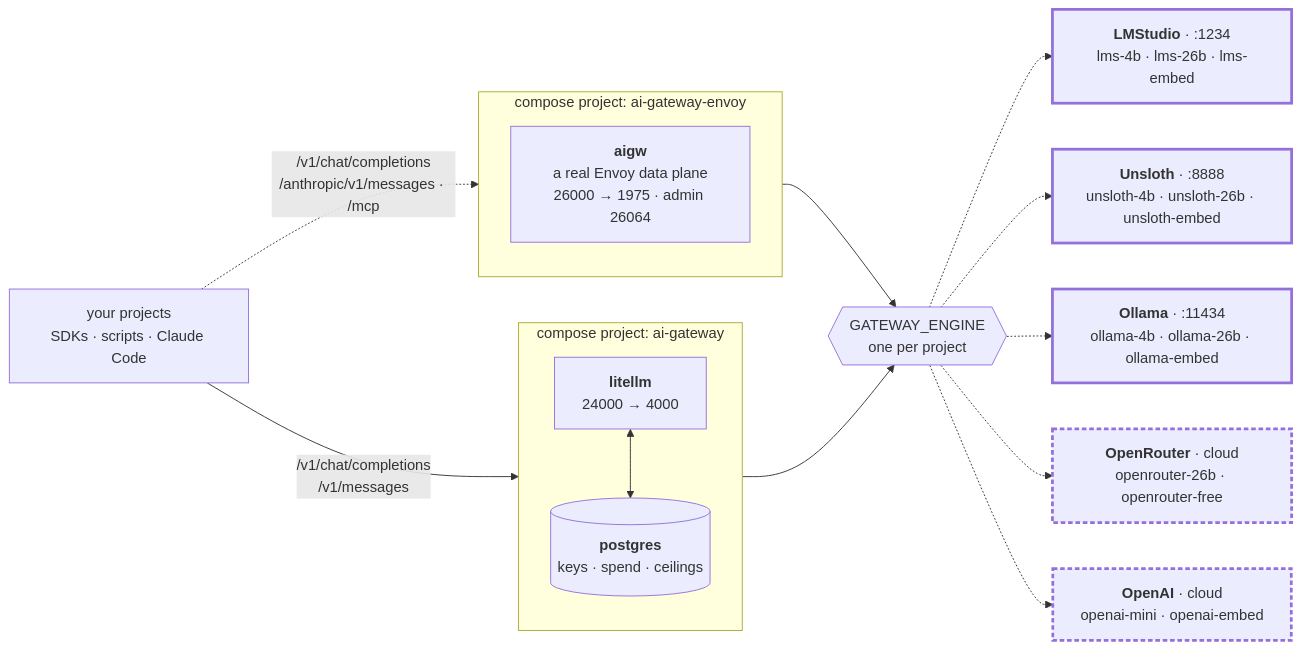
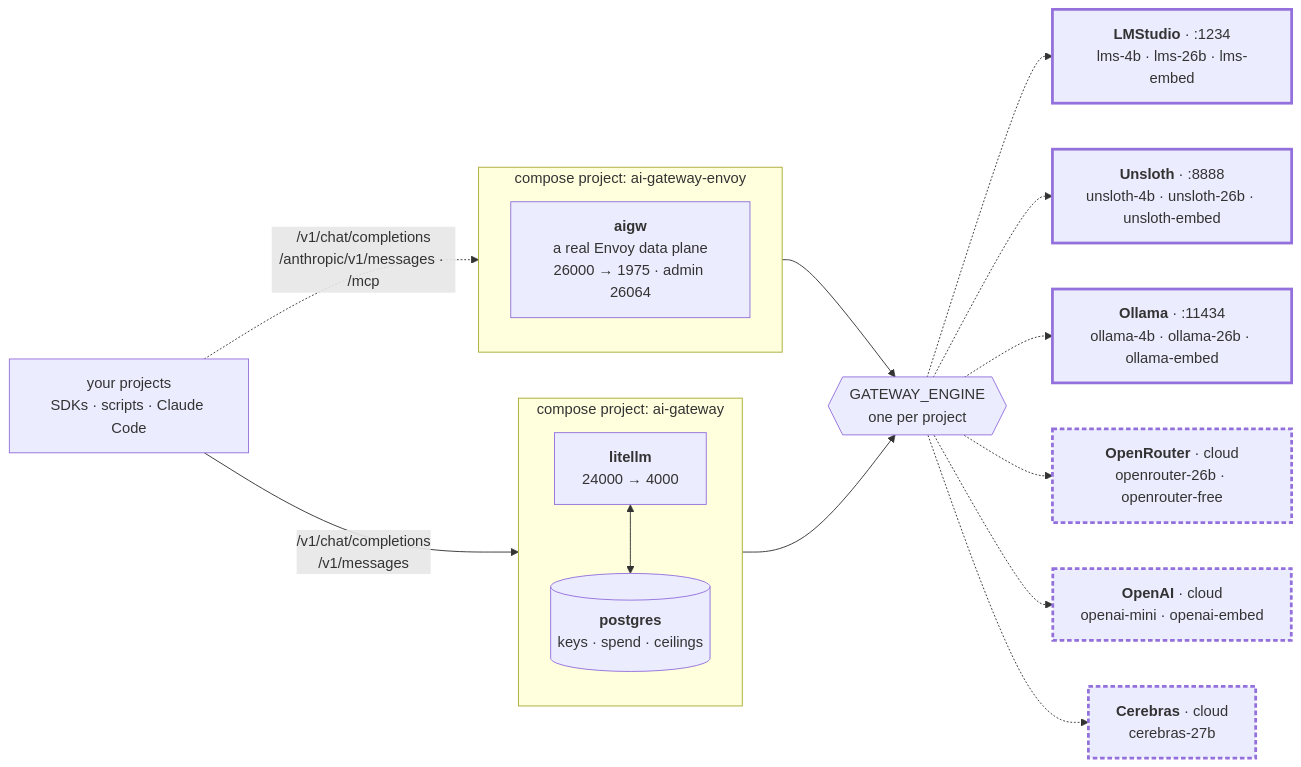
Before and after one commit to lukaskellerstein/ai-gateway: the diagram in README.md, drawn with Mermaid. The commit also changed other lines of this file and 16 other files, not shown here.

Commit message:
Add Cerebras as a sixth engine on both gateways (#8)

````diff
--- a/README.md
+++ b/README.md
@@ -80,36 +80,37 @@
 ```mermaid
 flowchart LR
     callers["your projects<br/>SDKs · scripts · Claude Code"]
 
     subgraph p1["compose project: ai-gateway"]
         direction TB
         litellm["<b>litellm</b><br/>24000 → 4000"]
         pg1[("<b>postgres</b><br/>keys · spend · ceilings")]
         litellm <--> pg1
     end
 
     subgraph p2["compose project: ai-gateway-envoy"]
         direction TB
         env["<b>aigw</b><br/>a real Envoy data plane<br/>26000 → 1975 · admin 26064"]
     end
 
     engine{{"GATEWAY_ENGINE<br/>one per project"}}
 
     lms["<b>LMStudio</b> · :1234<br/>lms-4b · lms-26b · lms-embed"]
     uns["<b>Unsloth</b> · :8888<br/>unsloth-4b · unsloth-26b · unsloth-embed"]
     oll["<b>Ollama</b> · :11434<br/>ollama-4b · ollama-26b · ollama-embed"]
     orr["<b>OpenRouter</b> · cloud<br/>openrouter-26b · openrouter-free"]
     oai["<b>OpenAI</b> · cloud<br/>openai-mini · openai-embed"]
+    cer["<b>Cerebras</b> · cloud<br/>cerebras-27b"]
 
     callers -->|"/v1/chat/completions<br/>/v1/messages"| litellm
     callers -.->|"/v1/chat/completions<br/>/anthropic/v1/messages · /mcp"| env
     litellm --> engine
     env --> engine
     engine -.-> lms & uns & oll
-    engine -.-> orr & oai
+    engine -.-> orr & oai & cer
 
     classDef onhost stroke-width:3px
     classDef paid stroke-width:3px,stroke-dasharray: 5 3
     class lms,uns,oll onhost
-    class orr,oai paid
+    class orr,oai,cer paid
 ```
````
